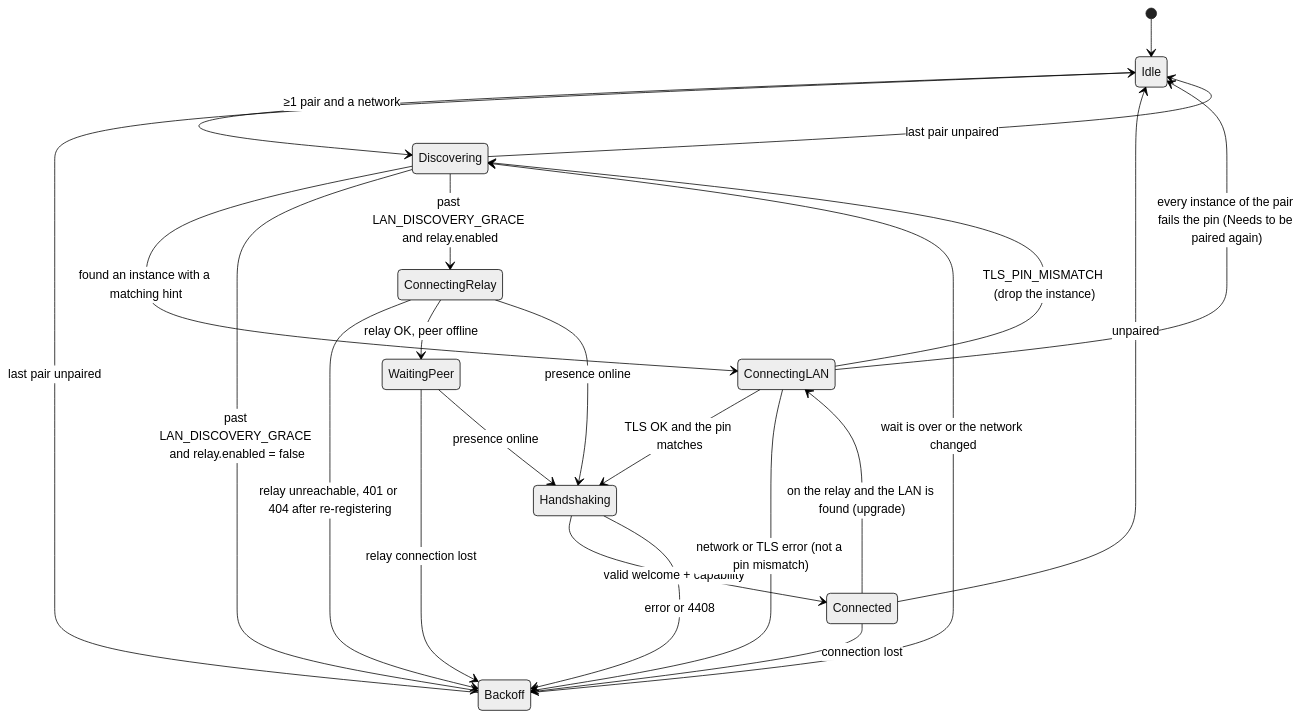
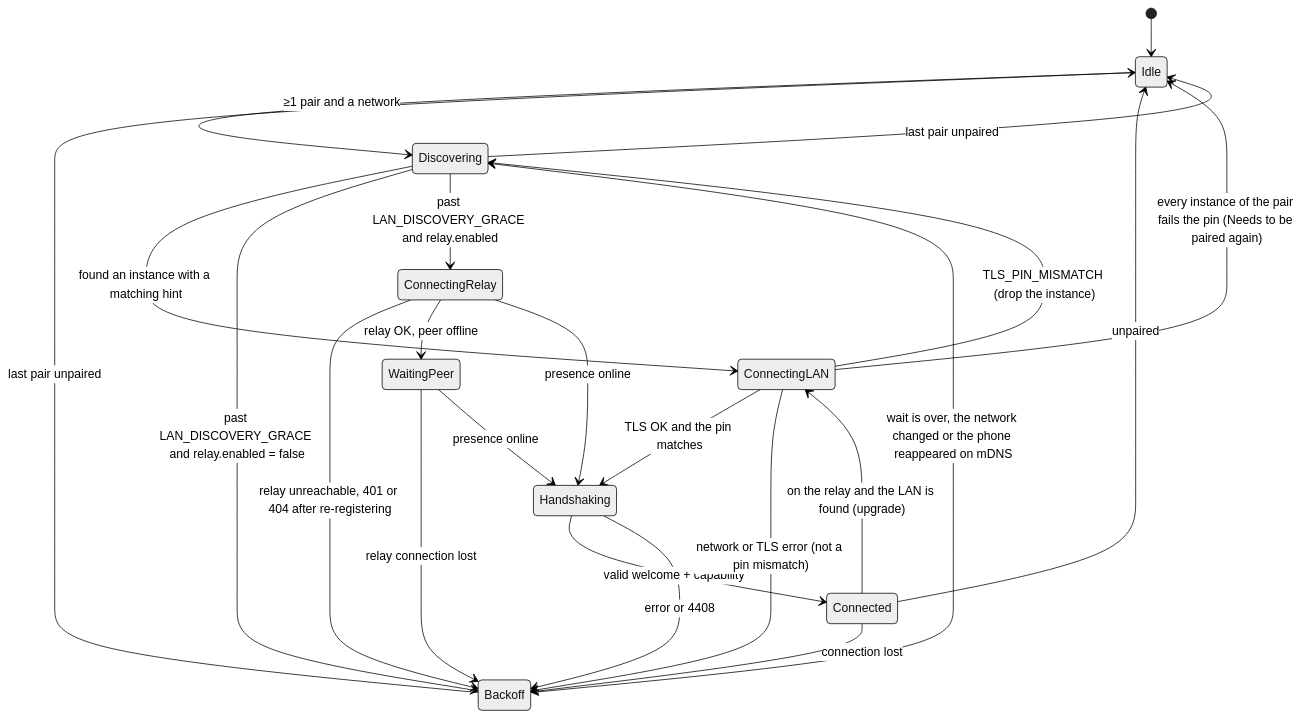
The diagram in docs/detailed-design/00-common-specs.md (HandLive/handlive), drawn with Mermaid (neutral theme) before and after one commit. The commit also changed other lines of this file and 5 other files, not shown here.

````diff
--- a/docs/detailed-design/00-common-specs.md
+++ b/docs/detailed-design/00-common-specs.md
@@ -908,25 +909,25 @@
 ```mermaid
 stateDiagram-v2
   [*] --> Idle
   Idle --> Discovering: ≥1 pair and a network
   Discovering --> ConnectingLAN: found an instance with a matching hint
   ConnectingLAN --> Handshaking: TLS OK and the pin matches
   ConnectingLAN --> Discovering: TLS_PIN_MISMATCH (drop the instance)
   Handshaking --> Connected: valid welcome + capability
   Handshaking --> Backoff: error or 4408
   ConnectingLAN --> Backoff: network or TLS error (not a pin mismatch)
   ConnectingLAN --> Idle: every instance of the pair fails the pin (Needs to be paired again)
   ConnectingRelay --> Backoff: relay unreachable, 401 or 404 after re-registering
   WaitingPeer --> Backoff: relay connection lost
   Discovering --> Backoff: past LAN_DISCOVERY_GRACE and relay.enabled = false
   Discovering --> Idle: last pair unpaired
   Backoff --> Idle: last pair unpaired
   Discovering --> ConnectingRelay: past LAN_DISCOVERY_GRACE and relay.enabled
   ConnectingRelay --> WaitingPeer: relay OK, peer offline
   WaitingPeer --> Handshaking: presence online
   ConnectingRelay --> Handshaking: presence online
   Connected --> Backoff: connection lost
   Connected --> ConnectingLAN: on the relay and the LAN is found (upgrade)
-  Backoff --> Discovering: wait is over or the network changed
+  Backoff --> Discovering: wait is over, the network changed or the phone reappeared on mDNS
   Connected --> Idle: unpaired
 ```
````
